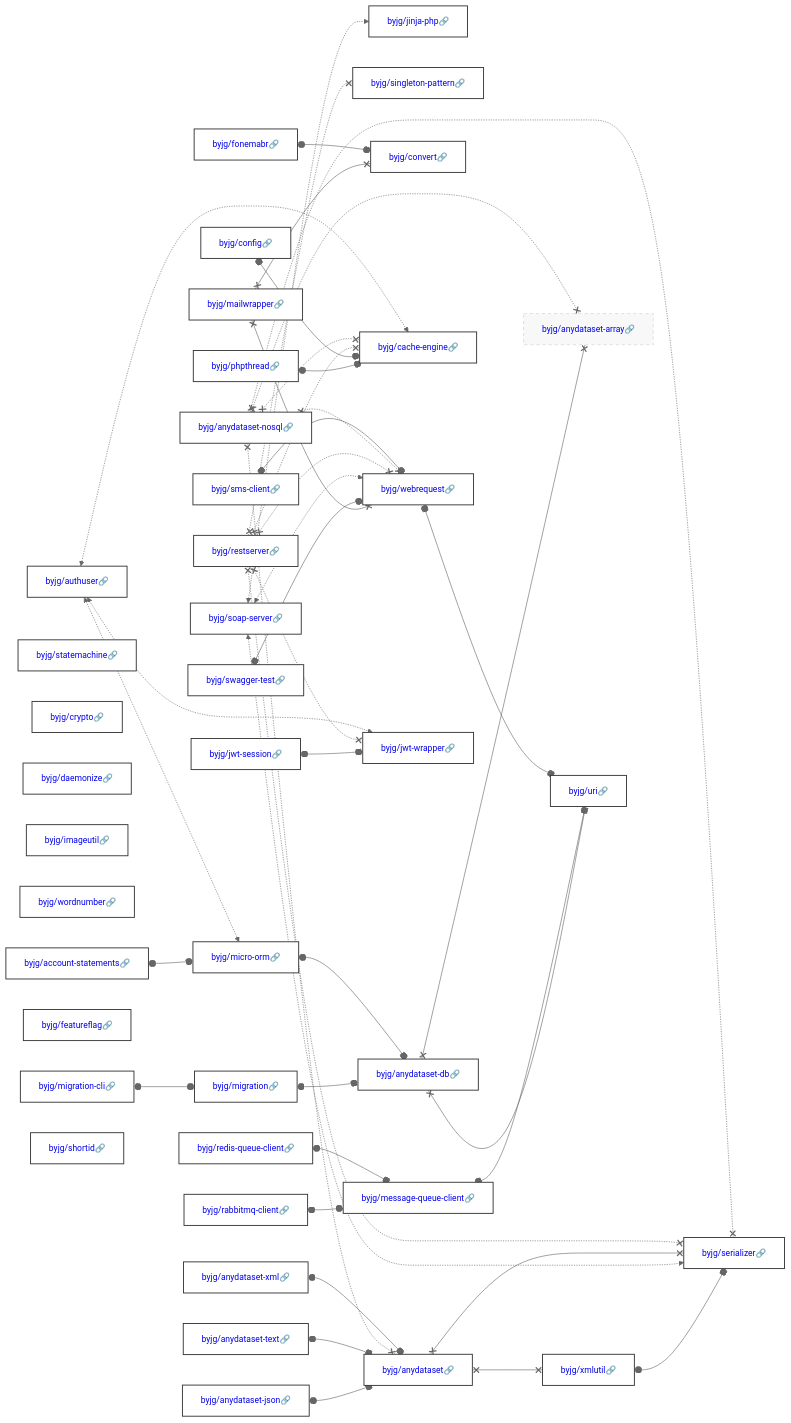
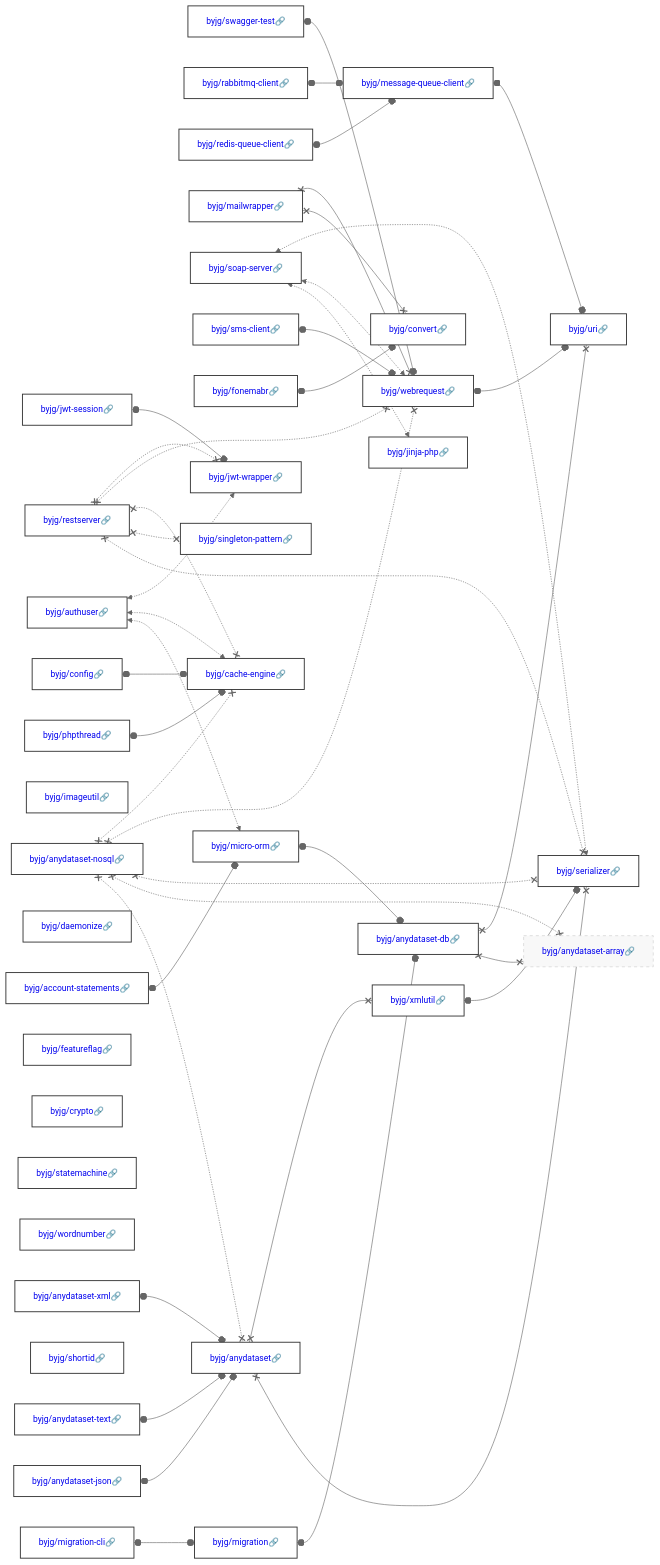
The diagram in docs/php/README.md (byjg/byjg.github.io), drawn with Mermaid (neutral theme) before and after one commit. The commit also changed other lines of this file and 5 other files, not shown here.

Commit message:
Update documentation 'php' 'php-statemachine'

````diff
--- a/docs/php/README.md
+++ b/docs/php/README.md
@@ -3,40 +3,40 @@
 ```mermaid
 graph LR;
-  byjg/account-statements[<a href='https://opensource.byjg.com/docs/php/account-statements' style='text-decoration:none'>byjg/account-statements🔗</a>];
-  byjg/statemachine[<a href='https://opensource.byjg.com/docs/php/statemachine' style='text-decoration:none'>byjg/statemachine🔗</a>];
   byjg/swagger-test[<a href='https://opensource.byjg.com/docs/php/swagger-test' style='text-decoration:none'>byjg/swagger-test🔗</a>];
+  byjg/rabbitmq-client[<a href='https://opensource.byjg.com/docs/php/rabbitmq-client' style='text-decoration:none'>byjg/rabbitmq-client🔗</a>];
+  byjg/phpthread[<a href='https://opensource.byjg.com/docs/php/phpthread' style='text-decoration:none'>byjg/phpthread🔗</a>];
+  byjg/anydataset-xml[<a href='https://opensource.byjg.com/docs/php/anydataset-xml' style='text-decoration:none'>byjg/anydataset-xml🔗</a>];
+  byjg/migration-cli[<a href='https://opensource.byjg.com/docs/php/migration-cli' style='text-decoration:none'>byjg/migration-cli🔗</a>];
+  byjg/redis-queue-client[<a href='https://opensource.byjg.com/docs/php/redis-queue-client' style='text-decoration:none'>byjg/redis-queue-client🔗</a>];
   byjg/anydataset-text[<a href='https://opensource.byjg.com/docs/php/anydataset-text' style='text-decoration:none'>byjg/anydataset-text🔗</a>];
+  byjg/authuser[<a href='https://opensource.byjg.com/docs/php/authuser' style='text-decoration:none'>byjg/authuser🔗</a>];
+  byjg/imageutil[<a href='https://opensource.byjg.com/docs/php/imageutil' style='text-decoration:none'>byjg/imageutil🔗</a>];
+  byjg/restserver[<a href='https://opensource.byjg.com/docs/php/restserver' style='text-decoration:none'>byjg/restserver🔗</a>];
+  byjg/mailwrapper[<a href='https://opensource.byjg.com/docs/php/mailwrapper' style='text-decoration:none'>byjg/mailwrapper🔗</a>];
+  byjg/daemonize[<a href='https://opensource.byjg.com/docs/php/daemonize' style='text-decoration:none'>byjg/daemonize🔗</a>];
+  byjg/anydataset-nosql[<a href='https://opensource.byjg.com/docs/php/anydataset-nosql' style='text-decoration:none'>byjg/anydataset-nosql🔗</a>];
   byjg/soap-server[<a href='https://opensource.byjg.com/docs/php/soap-server' style='text-decoration:none'>byjg/soap-server🔗</a>];
-  byjg/rabbitmq-client[<a href='https://opensource.byjg.com/docs/php/rabbitmq-client' style='text-decoration:none'>byjg/rabbitmq-client🔗</a>];
-  byjg/restserver[<a href='https://opensource.byjg.com/docs/php/restserver' style='text-decoration:none'>byjg/restserver🔗</a>];
-  byjg/crypto[<a href='https://opensource.byjg.com/docs/php/crypto' style='text-decoration:none'>byjg/crypto🔗</a>];
-  byjg/daemonize[<a href='https://opensource.byjg.com/docs/php/daemonize' style='text-decoration:none'>byjg/daemonize🔗</a>];
-  byjg/imageutil[<a href='https://opensource.byjg.com/docs/php/imageutil' style='text-decoration:none'>byjg/imageutil🔗</a>];
-  byjg/wordnumber[<a href='https://opensource.byjg.com/docs/php/wordnumber' style='text-decoration:none'>byjg/wordnumber🔗</a>];
-  byjg/anydataset-xml[<a href='https://opensource.byjg.com/docs/php/anydataset-xml' style='text-decoration:none'>byjg/anydataset-xml🔗</a>];
-  byjg/config[<a href='https://opensource.byjg.com/docs/php/config' style='text-decoration:none'>byjg/config🔗</a>];
-  byjg/phpthread[<a href='https://opensource.byjg.com/docs/php/phpthread' style='text-decoration:none'>byjg/phpthread🔗</a>];
-  byjg/authuser[<a href='https://opensource.byjg.com/docs/php/authuser' style='text-decoration:none'>byjg/authuser🔗</a>];
-  byjg/fonemabr[<a href='https://opensource.byjg.com/docs/php/fonemabr' style='text-decoration:none'>byjg/fonemabr🔗</a>];
-  byjg/redis-queue-client[<a href='https://opensource.byjg.com/docs/php/redis-queue-client' style='text-decoration:none'>byjg/redis-queue-client🔗</a>];
   byjg/sms-client[<a href='https://opensource.byjg.com/docs/php/sms-client' style='text-decoration:none'>byjg/sms-client🔗</a>];
   byjg/featureflag[<a href='https://opensource.byjg.com/docs/php/featureflag' style='text-decoration:none'>byjg/featureflag🔗</a>];
-  byjg/mailwrapper[<a href='https://opensource.byjg.com/docs/php/mailwrapper' style='text-decoration:none'>byjg/mailwrapper🔗</a>];
-  byjg/migration-cli[<a href='https://opensource.byjg.com/docs/php/migration-cli' style='text-decoration:none'>byjg/migration-cli🔗</a>];
-  byjg/anydataset-nosql[<a href='https://opensource.byjg.com/docs/php/anydataset-nosql' style='text-decoration:none'>byjg/anydataset-nosql🔗</a>];
+  byjg/crypto[<a href='https://opensource.byjg.com/docs/php/crypto' style='text-decoration:none'>byjg/crypto🔗</a>];
+  byjg/statemachine[<a href='https://opensource.byjg.com/docs/php/statemachine' style='text-decoration:none'>byjg/statemachine🔗</a>];
+  byjg/wordnumber[<a href='https://opensource.byjg.com/docs/php/wordnumber' style='text-decoration:none'>byjg/wordnumber🔗</a>];
+  byjg/fonemabr[<a href='https://opensource.byjg.com/docs/php/fonemabr' style='text-decoration:none'>byjg/fonemabr🔗</a>];
+  byjg/account-statements[<a href='https://opensource.byjg.com/docs/php/account-statements' style='text-decoration:none'>byjg/account-statements🔗</a>];
+  byjg/shortid[<a href='https://opensource.byjg.com/docs/php/shortid' style='text-decoration:none'>byjg/shortid🔗</a>];
+  byjg/jwt-session[<a href='https://opensource.byjg.com/docs/php/jwt-session' style='text-decoration:none'>byjg/jwt-session🔗</a>];
+  byjg/config[<a href='https://opensource.byjg.com/docs/php/config' style='text-decoration:none'>byjg/config🔗</a>];
   byjg/anydataset-json[<a href='https://opensource.byjg.com/docs/php/anydataset-json' style='text-decoration:none'>byjg/anydataset-json🔗</a>];
-  byjg/jwt-session[<a href='https://opensource.byjg.com/docs/php/jwt-session' style='text-decoration:none'>byjg/jwt-session🔗</a>];
-  byjg/shortid[<a href='https://opensource.byjg.com/docs/php/shortid' style='text-decoration:none'>byjg/shortid🔗</a>];
+  byjg/migration[<a href='https://opensource.byjg.com/docs/php/migration' style='text-decoration:none'>byjg/migration🔗</a>];
+  byjg/message-queue-client[<a href='https://opensource.byjg.com/docs/php/message-queue-client' style='text-decoration:none'>byjg/message-queue-client🔗</a>];
+  byjg/singleton-pattern[<a href='https://opensource.byjg.com/docs/php/singleton-pattern' style='text-decoration:none'>byjg/singleton-pattern🔗</a>];
   byjg/jinja-php[<a href='https://opensource.byjg.com/docs/php/jinja-php' style='text-decoration:none'>byjg/jinja-php🔗</a>];
-  byjg/singleton-pattern[<a href='https://opensource.byjg.com/docs/php/singleton-pattern' style='text-decoration:none'>byjg/singleton-pattern🔗</a>];
+  byjg/webrequest[<a href='https://opensource.byjg.com/docs/php/webrequest' style='text-decoration:none'>byjg/webrequest🔗</a>];
+  byjg/convert[<a href='https://opensource.byjg.com/docs/php/convert' style='text-decoration:none'>byjg/convert🔗</a>];
   byjg/micro-orm[<a href='https://opensource.byjg.com/docs/php/micro-orm' style='text-decoration:none'>byjg/micro-orm🔗</a>];
-  byjg/message-queue-client[<a href='https://opensource.byjg.com/docs/php/message-queue-client' style='text-decoration:none'>byjg/message-queue-client🔗</a>];
-  byjg/convert[<a href='https://opensource.byjg.com/docs/php/convert' style='text-decoration:none'>byjg/convert🔗</a>];
-  byjg/migration[<a href='https://opensource.byjg.com/docs/php/migration' style='text-decoration:none'>byjg/migration🔗</a>];
-  byjg/webrequest[<a href='https://opensource.byjg.com/docs/php/webrequest' style='text-decoration:none'>byjg/webrequest🔗</a>];
+  byjg/jwt-wrapper[<a href='https://opensource.byjg.com/docs/php/jwt-wrapper' style='text-decoration:none'>byjg/jwt-wrapper🔗</a>];
   byjg/cache-engine[<a href='https://opensource.byjg.com/docs/php/cache-engine' style='text-decoration:none'>byjg/cache-engine🔗</a>];
   byjg/anydataset[<a href='https://opensource.byjg.com/docs/php/anydataset' style='text-decoration:none'>byjg/anydataset🔗</a>];
-  byjg/jwt-wrapper[<a href='https://opensource.byjg.com/docs/php/jwt-wrapper' style='text-decoration:none'>byjg/jwt-wrapper🔗</a>];
   byjg/anydataset-db[<a href='https://opensource.byjg.com/docs/php/anydataset-db' style='text-decoration:none'>byjg/anydataset-db🔗</a>];
   byjg/xmlutil[<a href='https://opensource.byjg.com/docs/php/xmlutil' style='text-decoration:none'>byjg/xmlutil🔗</a>];
   byjg/anydataset-array[<a href='https://opensource.byjg.com/docs/php/anydataset-array' style='text-decoration:none'>byjg/anydataset-array🔗</a>];
````
